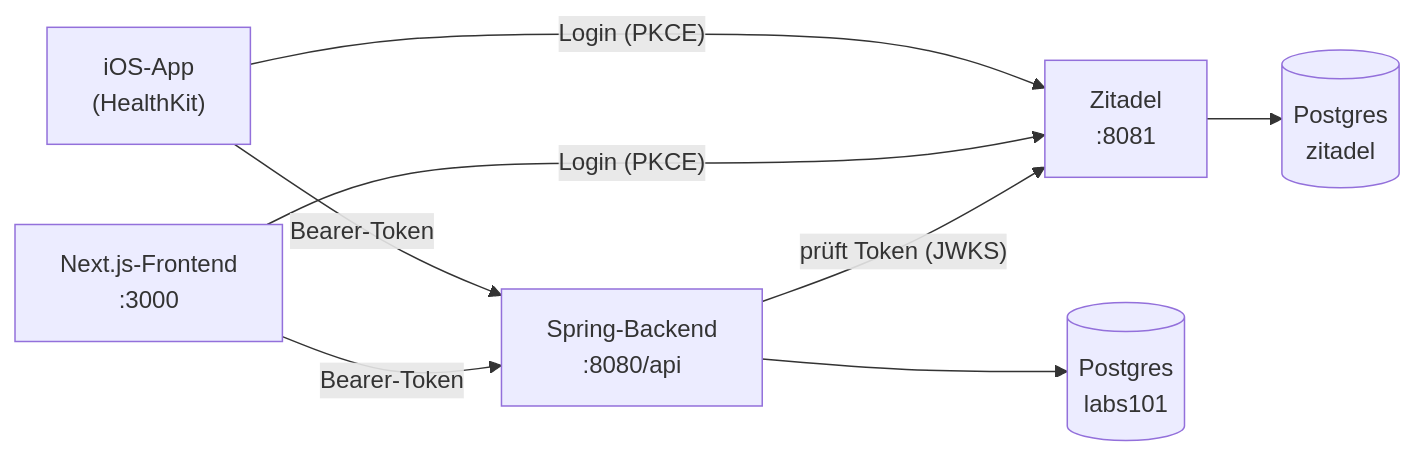
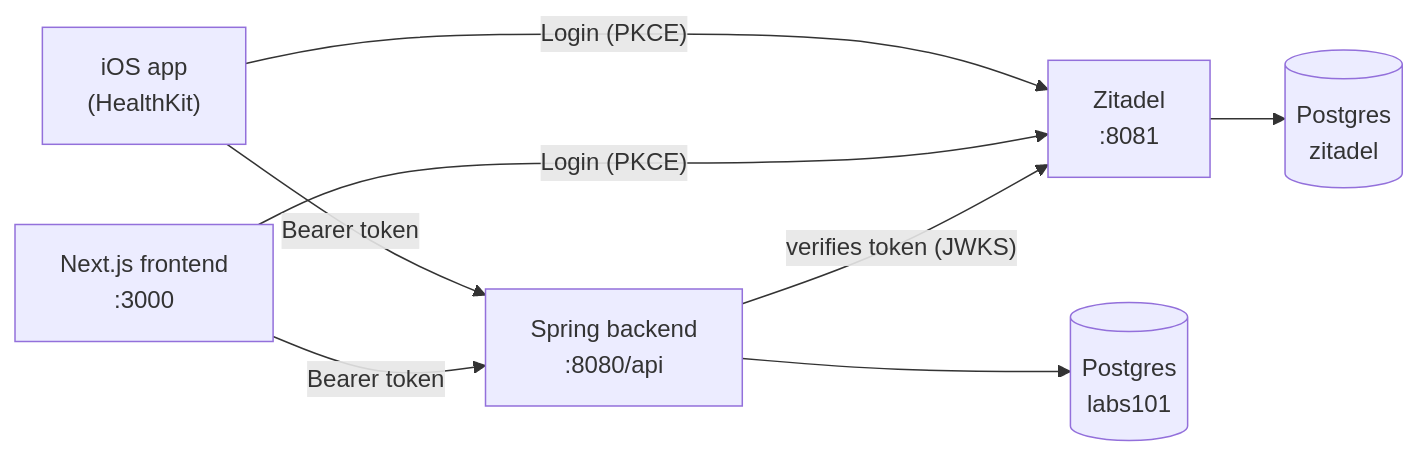
Before and after one commit to Dannyyy101/labs-101: the diagram in README.md, drawn with Mermaid. The commit also changed other lines of this file and 2 other files, not shown here.

````diff
--- a/README.md
+++ b/README.md
@@ -15,10 +15,10 @@
 ```mermaid
 flowchart LR
-    iOS["iOS-App<br/>(HealthKit)"] -- "Login (PKCE)" --> IdP["Zitadel<br/>:8081"]
-    Web["Next.js-Frontend<br/>:3000"] -- "Login (PKCE)" --> IdP
-    iOS -- "Bearer-Token" --> API["Spring-Backend<br/>:8080/api"]
-    Web -- "Bearer-Token" --> API
-    API -- "prüft Token (JWKS)" --> IdP
+    iOS["iOS app<br/>(HealthKit)"] -- "Login (PKCE)" --> IdP["Zitadel<br/>:8081"]
+    Web["Next.js frontend<br/>:3000"] -- "Login (PKCE)" --> IdP
+    iOS -- "Bearer token" --> API["Spring backend<br/>:8080/api"]
+    Web -- "Bearer token" --> API
+    API -- "verifies token (JWKS)" --> IdP
     API --> DB[("Postgres<br/>labs101")]
     IdP --> ZDB[("Postgres<br/>zitadel")]
 ```
````
